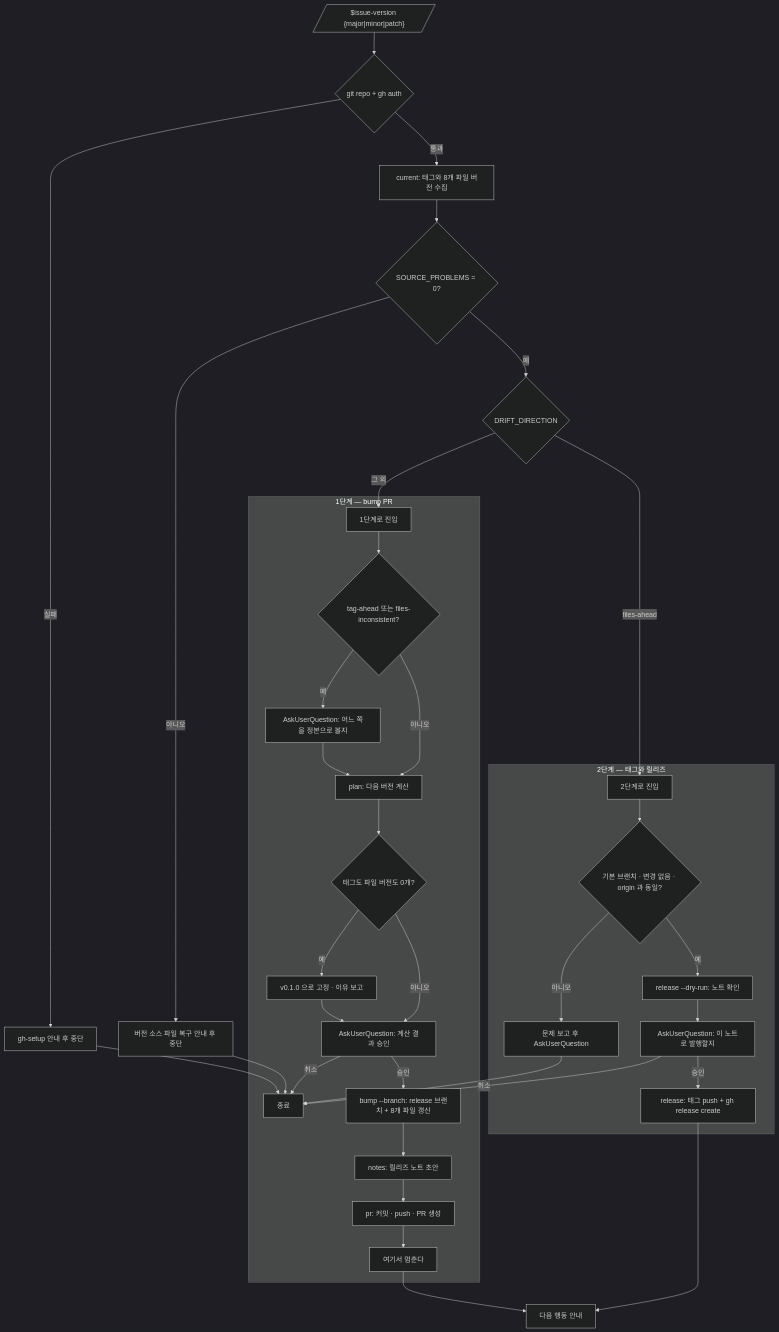
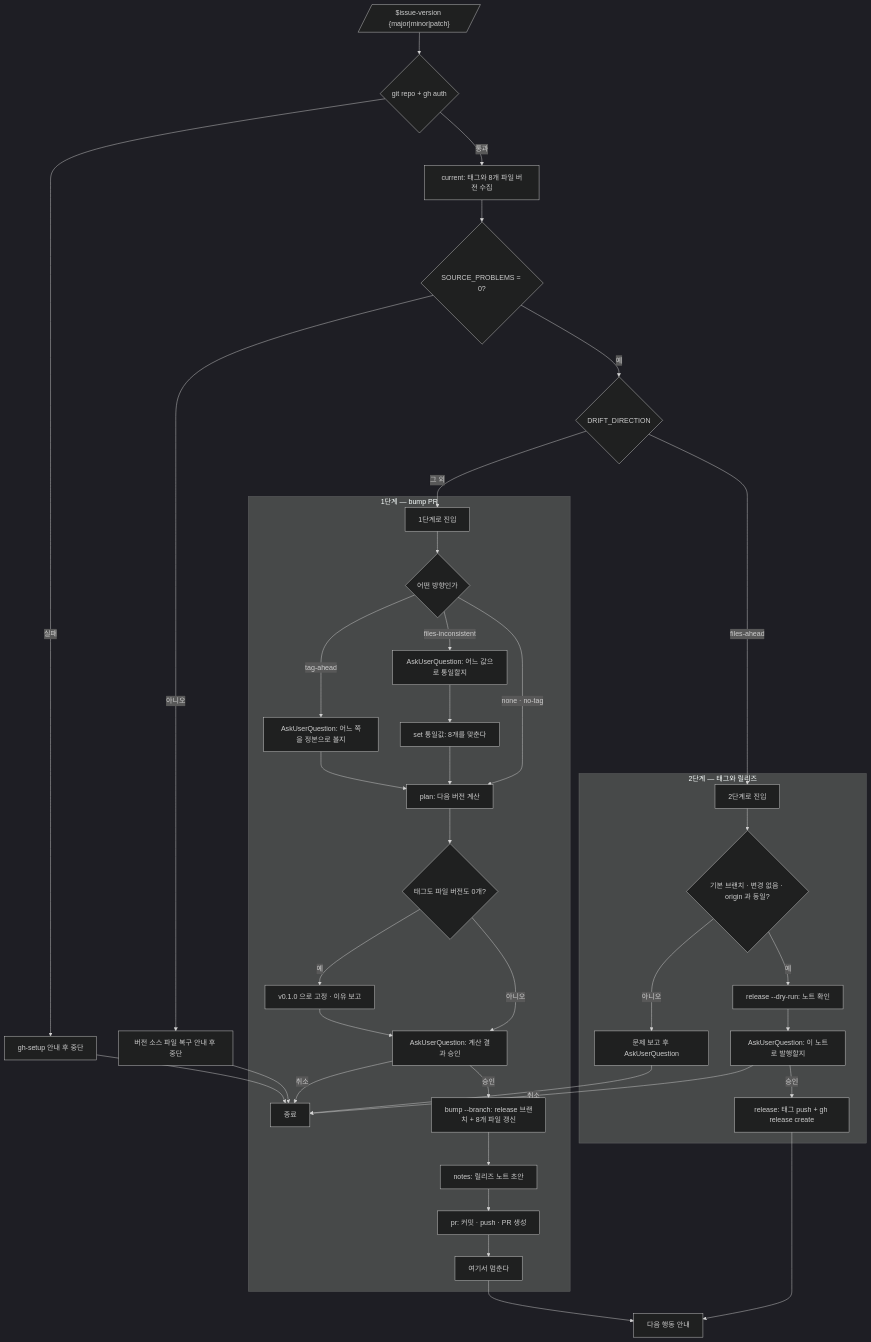
The diagram in skills/issue-version/SKILL.md (Mineru98/samsara), drawn with Mermaid (dark theme) before and after one commit. The commit also changed other lines of this file and 2 other files, not shown here.

First line of the commit message:
fix(issue-version): set 이 고칠 수 있는 상태를 거부하지 않게

````diff
--- a/skills/issue-version/SKILL.md
+++ b/skills/issue-version/SKILL.md
@@ -56,38 +57,40 @@
 ```mermaid
 flowchart TD
     A[/"$issue-version {major|minor|patch}"/] --> B{git repo + gh auth}
     B -- 실패 --> B1[gh-setup 안내 후 중단] --> Z[종료]
     B -- 통과 --> C[current: 태그와 8개 파일 버전 수집]
 
     C --> C1{SOURCE_PROBLEMS = 0?}
     C1 -- 아니오 --> C2[버전 소스 파일 복구 안내 후 중단] --> Z
     C1 -- 예 --> D{DRIFT_DIRECTION}
     D -->|files-ahead| S2[2단계로 진입]
     D -->|그 외| S1[1단계로 진입]
 
     subgraph ONE["1단계 — bump PR"]
-      S1 --> E{tag-ahead 또는 files-inconsistent?}
-      E -- 예 --> E1[AskUserQuestion: 어느 쪽을 정본으로 볼지] --> F
-      E -- 아니오 --> F[plan: 다음 버전 계산]
+      S1 --> E{어떤 방향인가}
+      E -->|tag-ahead| E1[AskUserQuestion: 어느 쪽을 정본으로 볼지] --> F
+      E -->|files-inconsistent| E2[AskUserQuestion: 어느 값으로 통일할지]
+      E2 --> E3[set 통일값: 8개를 맞춘다] --> F
+      E -->|none · no-tag| F[plan: 다음 버전 계산]
       F --> F1{태그도 파일 버전도 0개?}
       F1 -- 예 --> F2[v0.1.0 으로 고정 · 이유 보고] --> G
       F1 -- 아니오 --> G[AskUserQuestion: 계산 결과 승인]
       G -- 취소 --> Z
       G -- 승인 --> H[bump --branch: release 브랜치 + 8개 파일 갱신]
       H --> I[notes: 릴리즈 노트 초안]
       I --> J[pr: 커밋 · push · PR 생성]
       J --> K[여기서 멈춘다]
     end
 
     subgraph TWO["2단계 — 태그와 릴리즈"]
       S2 --> L{기본 브랜치 · 변경 없음 · origin 과 동일?}
       L -- 아니오 --> L1[문제 보고 후 AskUserQuestion] --> Z
       L -- 예 --> M[release --dry-run: 노트 확인]
       M --> N[AskUserQuestion: 이 노트로 발행할지]
       N -- 취소 --> Z
       N -- 승인 --> O[release: 태그 push + gh release create]
     end
 
     K --> P[다음 행동 안내]
     O --> P
 ```
````
